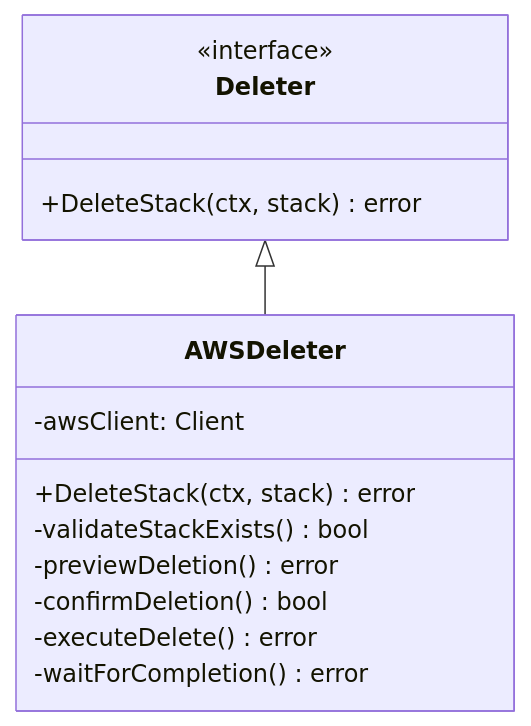
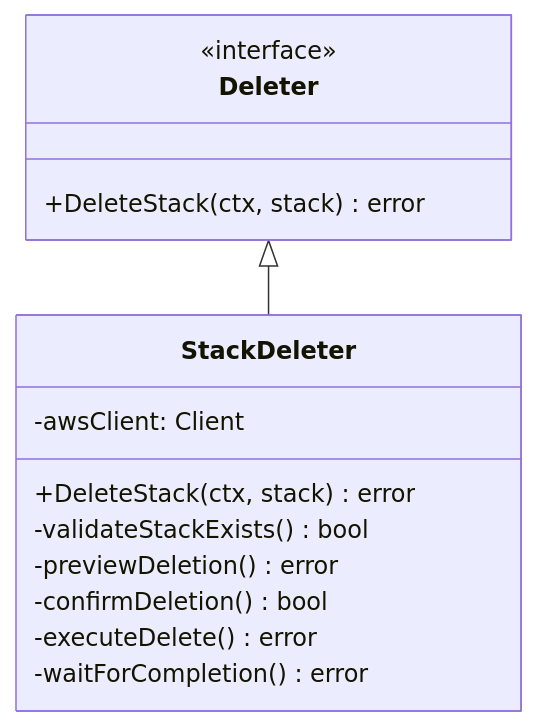
The fourth of 14 diagrams in docs/architecture/delete.md (orien/stackaroo), drawn with Mermaid before and after one commit. The commit also changed 2 other files, not shown here.

Commit message:
docs: fix struct names and add deploy module architecture
- Fix incorrect struct names in architecture docs:
  - diff.md: DefaultDiffer → StackDiffer
  - delete.md: AWSDeleter → StackDeleter
- Update diff.md to match actual implementation:
  - Remove references to non-existent changeset.go
  - Fix CloudFormation client field names
  - Update architecture diagrams
- Add comprehensive deploy.md architecture documentation:
  - Complete StackDeployer documentation
  - Two deployment strategies (new vs existing stacks)
  - Integration with diff engine for change preview
  - User confirmation workflows and safety mechanisms
  - Progress monitoring and error handling strategies
  - Testing architecture and performance considerations

All documentation now accurately reflects current implementation
and follows consistent naming patterns across modules.

````diff
--- a/docs/architecture/delete.md
+++ b/docs/architecture/delete.md
@@ -102,19 +102,19 @@
 ```mermaid
 classDiagram
     class Deleter {
         <<interface>>
         +DeleteStack(ctx, stack) error
     }
     
-    class AWSDeleter {
+    class StackDeleter {
         -awsClient: Client
         +DeleteStack(ctx, stack) error
         -validateStackExists() bool
         -previewDeletion() error
         -confirmDeletion() bool
         -executeDelete() error
         -waitForCompletion() error
     }
     
-    Deleter <|-- AWSDeleter
+    Deleter <|-- StackDeleter
 ```
````
